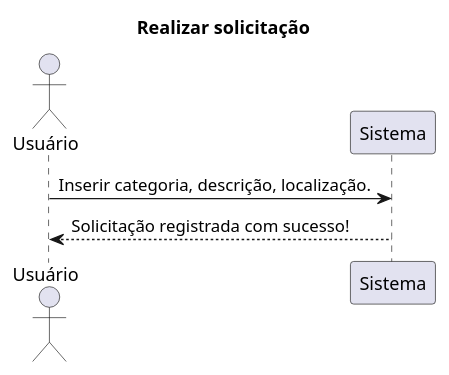
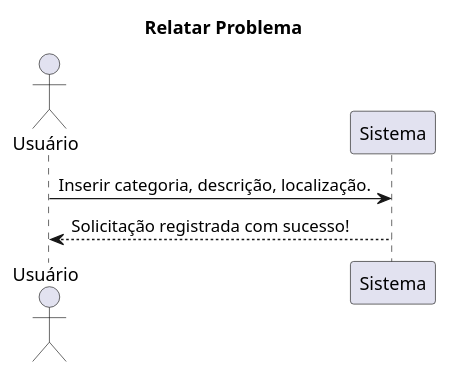
The second of 4 diagrams in SequenceDiagram.md (RenataArdito/Alerta-ADS), drawn with PlantUML before and after one commit.

````diff
--- a/SequenceDiagram.md
+++ b/SequenceDiagram.md
@@ -22,14 +22,14 @@
 ```plantuml
 @startuml
 
-title Realizar solicitação
+title Relatar Problema
 
 actor "Usuário" as usr
 participant "Sistema" as sis
 
 usr -> sis: Inserir categoria, descrição, localização.
 sis --> usr: Solicitação registrada com sucesso!
 
 
 @enduml
 ```
````
